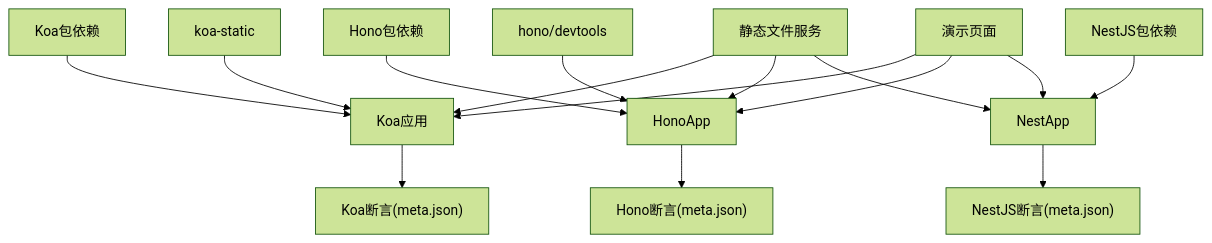
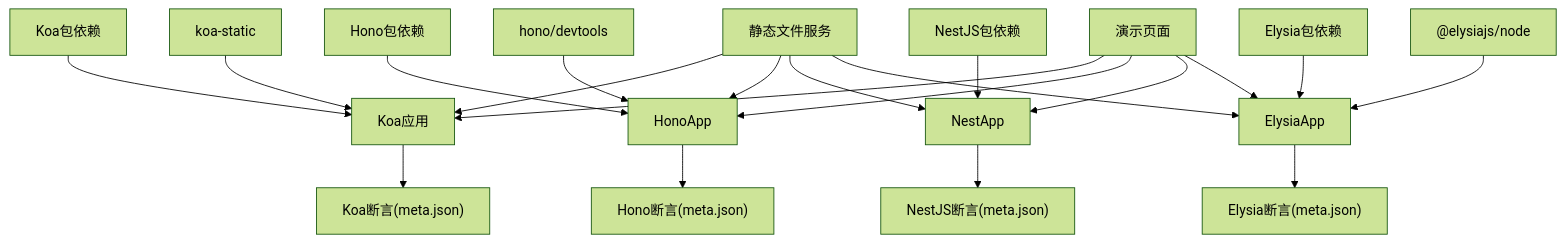
Before and after one commit to esa-sp/test-for-aone-ci: the ninth of 9 diagrams in .qoder/repowiki/zh/content/后端框架测试/Koa、Hono、NestJS框架测试.md, drawn with Mermaid (forest theme). The commit also changed other lines of this file and 15 other files, not shown here.

````diff
--- a/.qoder/repowiki/zh/content/后端框架测试/Koa、Hono、NestJS框架测试.md
+++ b/.qoder/repowiki/zh/content/后端框架测试/Koa、Hono、NestJS框架测试.md
@@ -419,17 +546,22 @@
 ```mermaid
 graph TB
 KoaPkg["Koa包依赖"] --> KoaApp["Koa应用"]
 KoaStatic["koa-static"] --> KoaApp
 HonoPkg["Hono包依赖"] --> HonoApp
 HonoDev["hono/devtools"] --> HonoApp
 NestPkg["NestJS包依赖"] --> NestApp
+ElysiaPkg["Elysia包依赖"] --> ElysiaApp
+ElysiaNode["@elysiajs/node"] --> ElysiaApp
 StaticFiles["静态文件服务"] --> KoaApp
 StaticFiles --> HonoApp
 StaticFiles --> NestApp
+StaticFiles --> ElysiaApp
 DemoPages["演示页面"] --> KoaApp
 DemoPages --> HonoApp
 DemoPages --> NestApp
+DemoPages --> ElysiaApp
 KoaApp --> KoaMeta["Koa断言(meta.json)"]
 HonoApp --> HonoMeta["Hono断言(meta.json)"]
 NestApp --> NestMeta["NestJS断言(meta.json)"]
+ElysiaApp --> ElysiaMeta["Elysia断言(meta.json)"]
 ```
````
